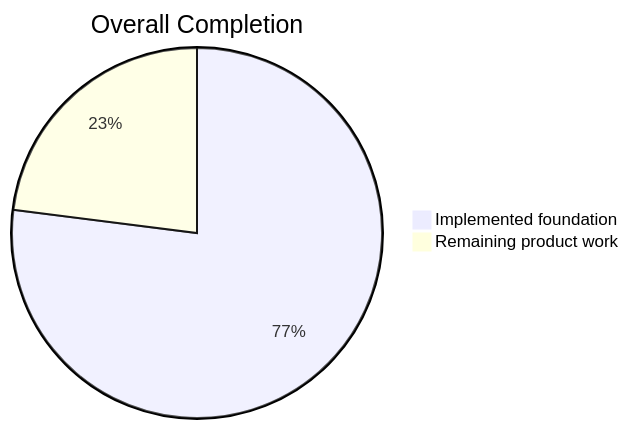
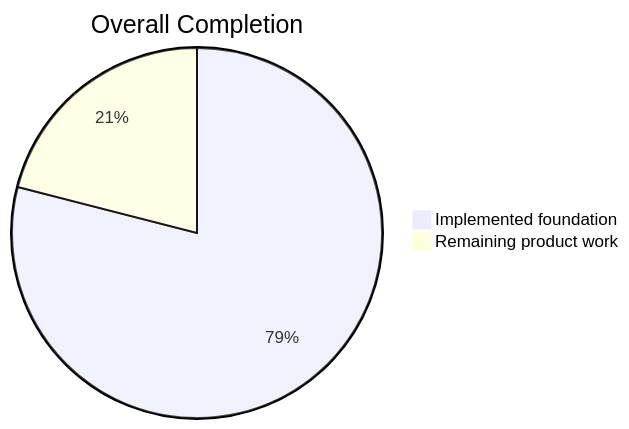
One commit to lingmulongtai/GlyphRay changed the first of 5 diagrams in README.md. Above: the diagram before and after it, drawn with Mermaid. The commit also changed other lines of this file and 12 other files, not shown here.

````diff
--- a/README.md
+++ b/README.md
@@ -15,5 +15,5 @@
 ```mermaid
 pie title Overall Completion
-  "Implemented foundation" : 77
-  "Remaining product work" : 23
+  "Implemented foundation" : 79
+  "Remaining product work" : 21
 ```
````
